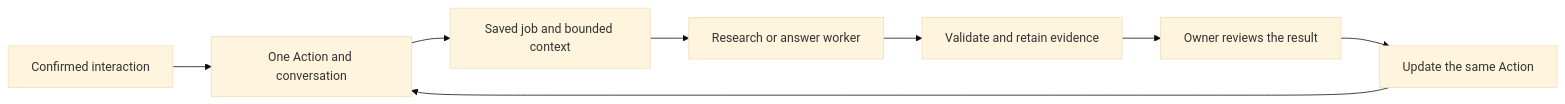
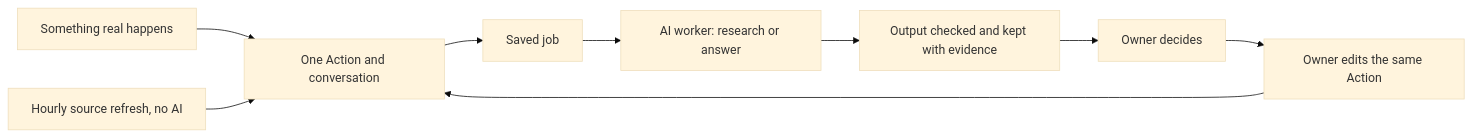
One commit to Zeeekrom/lifeops-atlas-showcase changed the first of 2 diagrams in README.md. Above: the diagram before and after it, drawn with Mermaid (base theme). The commit also changed other lines of this file and 4 other files, not shown here.

````diff
--- a/README.md
+++ b/README.md
@@ -77,10 +105,11 @@
 ```mermaid
 flowchart LR
-    E["Confirmed interaction"] --> A["One Action and conversation"]
-    A --> Q["Saved job and bounded context"]
-    Q --> R["Research or answer worker"]
-    R --> V["Validate and retain evidence"]
-    V --> H["Owner reviews the result"]
-    H --> U["Update the same Action"]
+    E[Something real happens] --> A[One Action and conversation]
+    S[Hourly source refresh, no AI] --> A
+    A --> J[Saved job]
+    J --> W[AI worker: research or answer]
+    W --> V[Output checked and kept with evidence]
+    V --> O[Owner decides]
+    O --> U[Owner edits the same Action]
     U --> A
 ```
````
